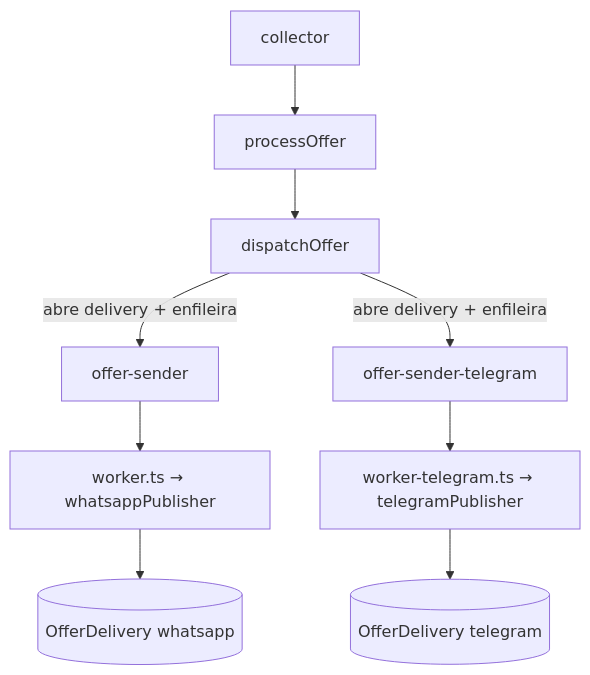
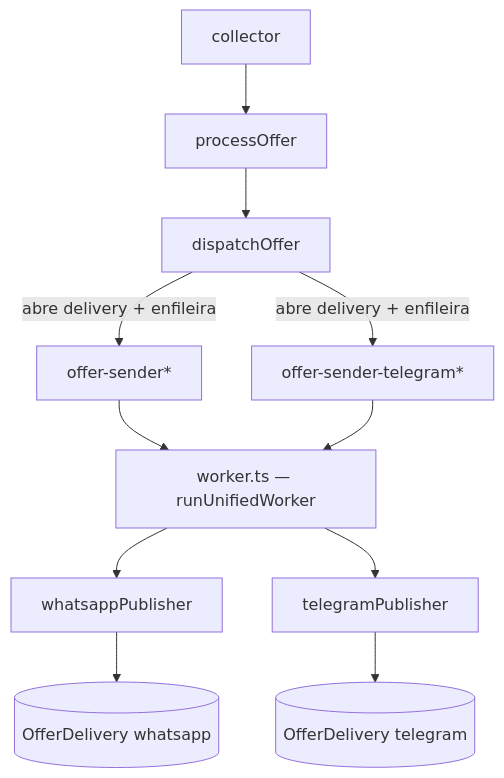
Before and after one commit to YoungC0DE/radar-ofertas: the diagram in .cursor/docs/channels.md, drawn with Mermaid. The commit also changed other lines of this file and 147 other files, not shown here.

````diff
--- a/.cursor/docs/channels.md
+++ b/.cursor/docs/channels.md
@@ -27,11 +26,13 @@
 ```mermaid
 flowchart TD
     A[collector] --> B[processOffer]
     B --> C[dispatchOffer]
-    C -->|abre delivery + enfileira| D[offer-sender]
-    C -->|abre delivery + enfileira| E[offer-sender-telegram]
-    D --> F[worker.ts → whatsappPublisher]
-    E --> G[worker-telegram.ts → telegramPublisher]
-    F --> H[(OfferDelivery whatsapp)]
-    G --> I[(OfferDelivery telegram)]
+    C -->|abre delivery + enfileira| D[offer-sender*]
+    C -->|abre delivery + enfileira| E[offer-sender-telegram*]
+    D --> F[worker.ts — runUnifiedWorker]
+    E --> F
+    F --> G[whatsappPublisher]
+    F --> H[telegramPublisher]
+    G --> I[(OfferDelivery whatsapp)]
+    H --> J[(OfferDelivery telegram)]
 ```
````
